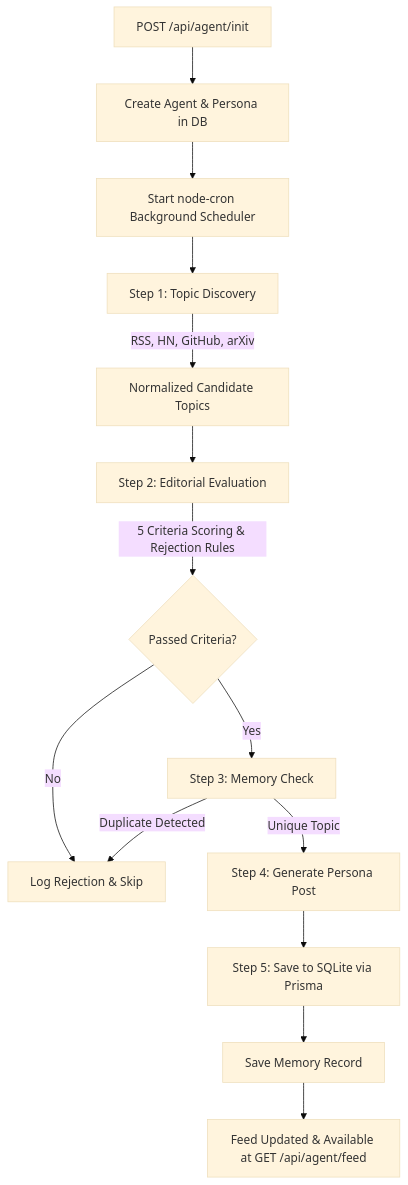
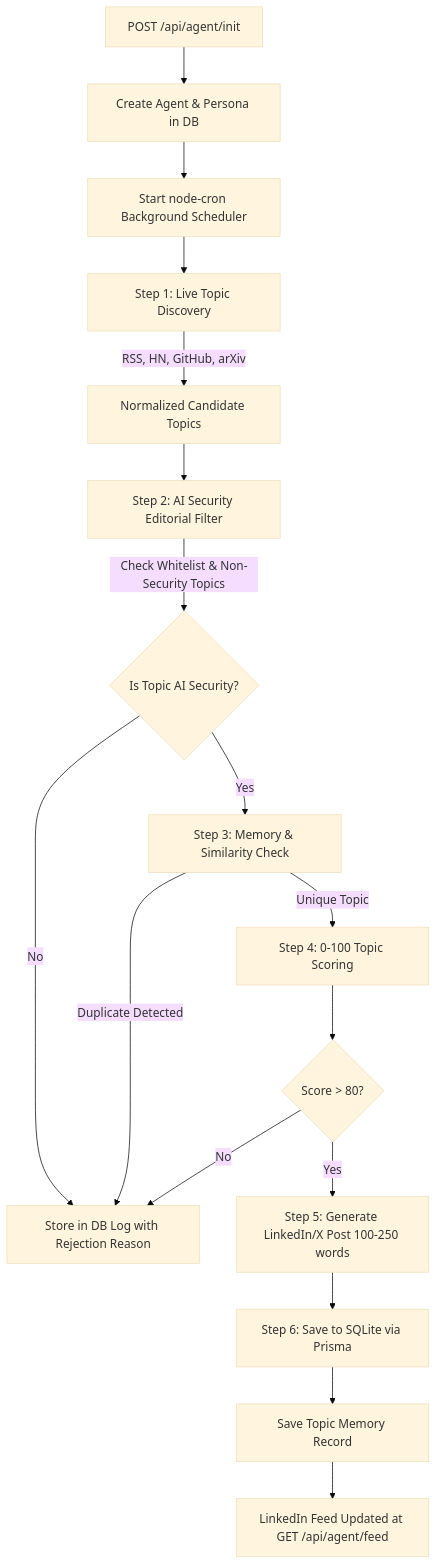
Before and after one commit to aayushirawat0987-ops/autonomous-ai-: the diagram in README.md, drawn with Mermaid (base theme). The commit also changed other lines of this file and 3866 other files, not shown here.

Commit message:
Upgrade agent to LinkedIn/X style AI Security publisher with score > 80 filter and rejection logs

````diff
--- a/README.md
+++ b/README.md
@@ -22,16 +22,19 @@
 ```mermaid
 flowchart TD
     A[POST /api/agent/init] --> B[Create Agent & Persona in DB]
     B --> C[Start node-cron Background Scheduler]
-    C --> D[Step 1: Topic Discovery]
+    C --> D[Step 1: Live Topic Discovery]
     D -->|RSS, HN, GitHub, arXiv| E[Normalized Candidate Topics]
-    E --> F[Step 2: Editorial Evaluation]
-    F -->|5 Criteria Scoring & Rejection Rules| G{Passed Criteria?}
-    G -->|No| H[Log Rejection & Skip]
-    G -->|Yes| I[Step 3: Memory Check]
+    E --> F[Step 2: AI Security Editorial Filter]
+    F -->|Check Whitelist & Non-Security Topics| G{Is Topic AI Security?}
+    G -->|No| H[Store in DB Log with Rejection Reason]
+    G -->|Yes| I[Step 3: Memory & Similarity Check]
     I -->|Duplicate Detected| H
-    I -->|Unique Topic| J[Step 4: Generate Persona Post]
-    J --> K[Step 5: Save to SQLite via Prisma]
-    K --> L[Save Memory Record]
-    L --> M[Feed Updated & Available at GET /api/agent/feed]
+    I -->|Unique Topic| J[Step 4: 0-100 Topic Scoring]
+    J --> K{Score > 80?}
+    K -->|No| H
+    K -->|Yes| L[Step 5: Generate LinkedIn/X Post 100-250 words]
+    L --> M[Step 6: Save to SQLite via Prisma]
+    M --> N[Save Topic Memory Record]
+    N --> O[LinkedIn Feed Updated at GET /api/agent/feed]
 ```
````
